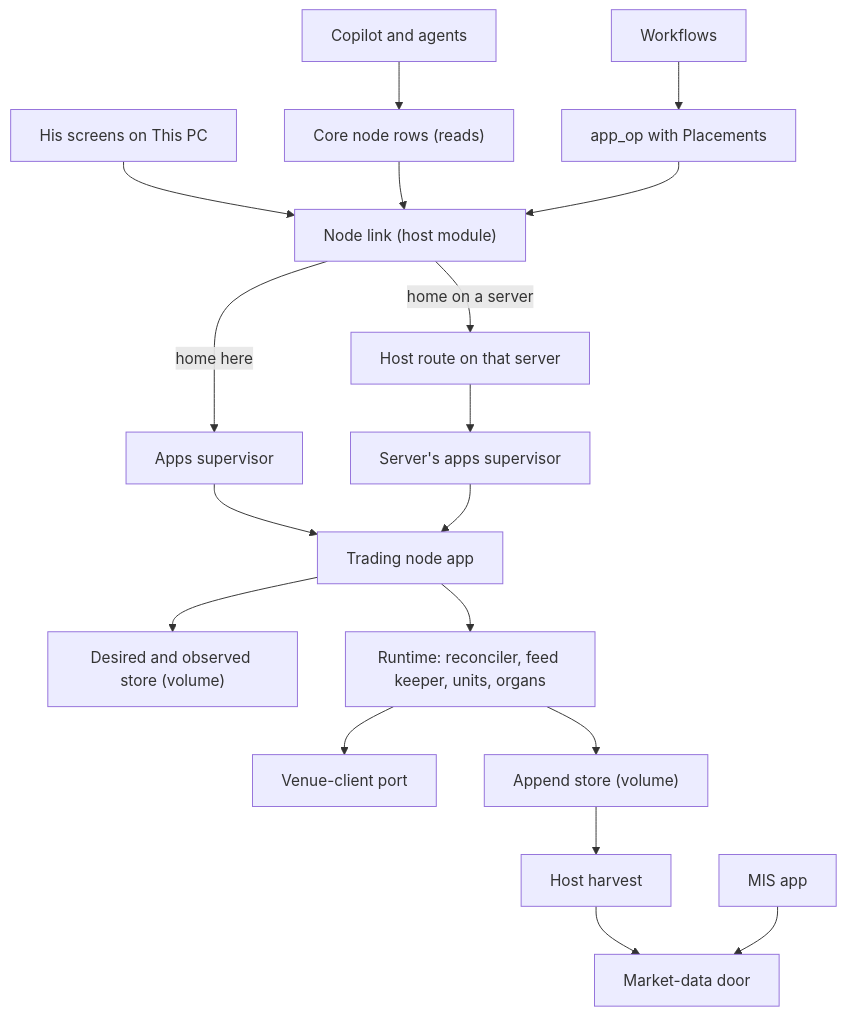
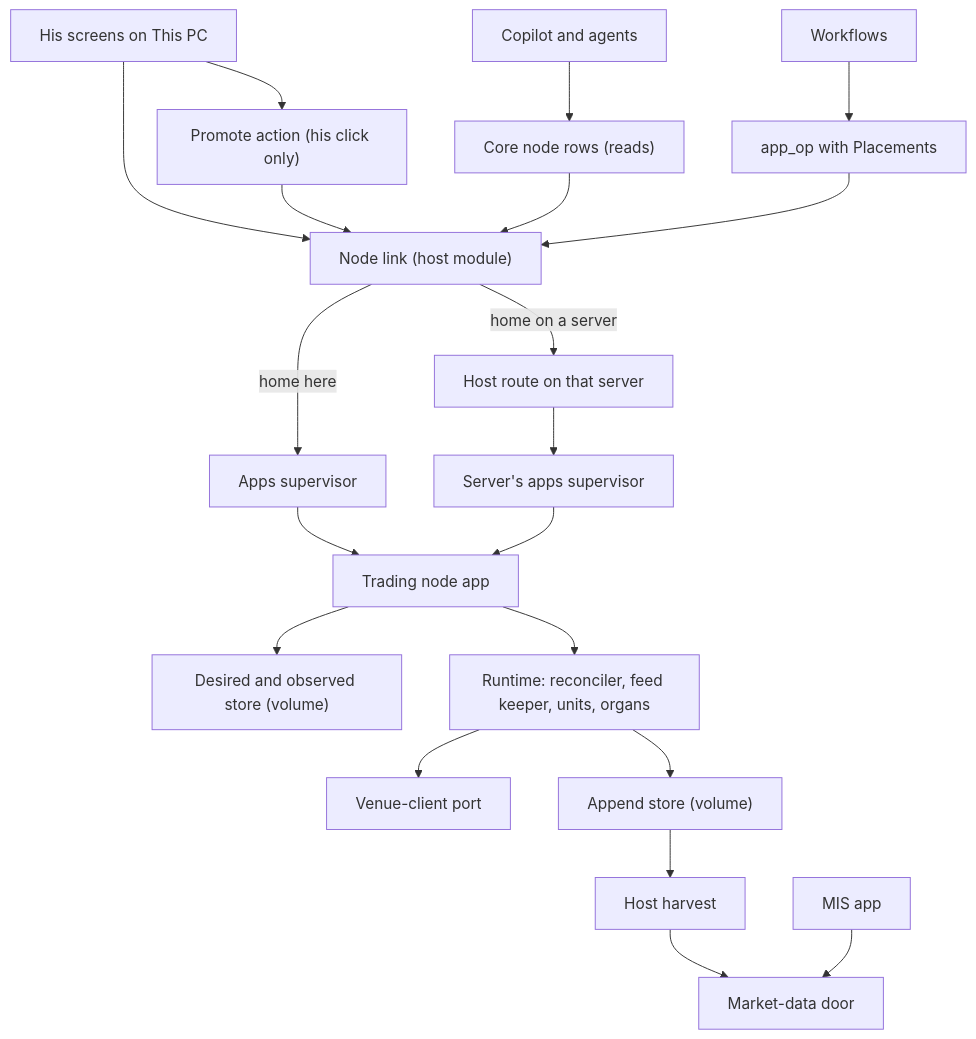
Before and after one commit to mubarakhimself-byte/QMX: the first of 3 diagrams in tracker/risk-sizing/architecture/parts/C-node-mis-external/ARCHITECTURE-SPINE.md, drawn with Mermaid. The commit also changed other lines of this file and 13 other files, not shown here.

````diff
--- a/tracker/risk-sizing/architecture/parts/C-node-mis-external/ARCHITECTURE-SPINE.md
+++ b/tracker/risk-sizing/architecture/parts/C-node-mis-external/ARCHITECTURE-SPINE.md
@@ -110,20 +111,22 @@
 ```mermaid
 flowchart TB
   UI["His screens on This PC"] --> NL["Node link (host module)"]
+  UI --> PROM["Promote action (his click only)"]
+  PROM --> NL
   COP["Copilot and agents"] --> ROWS["Core node rows (reads)"]
   ROWS --> NL
   WF["Workflows"] --> APPOP["app_op with Placements"]
   APPOP --> NL
   NL -->|"home here"| SUP["Apps supervisor"]
   NL -->|"home on a server"| ROUTE["Host route on that server"]
   ROUTE --> SUP2["Server's apps supervisor"]
   SUP --> NODE["Trading node app"]
   SUP2 --> NODE
   NODE --> STORE["Desired and observed store (volume)"]
   NODE --> RT["Runtime: reconciler, feed keeper, units, organs"]
   RT --> VPORT["Venue-client port"]
   RT --> APPEND["Append store (volume)"]
   HOST["Host harvest"] --> DOOR["Market-data door"]
   APPEND --> HOST
   MISAPP["MIS app"] --> DOOR
 ```
````
